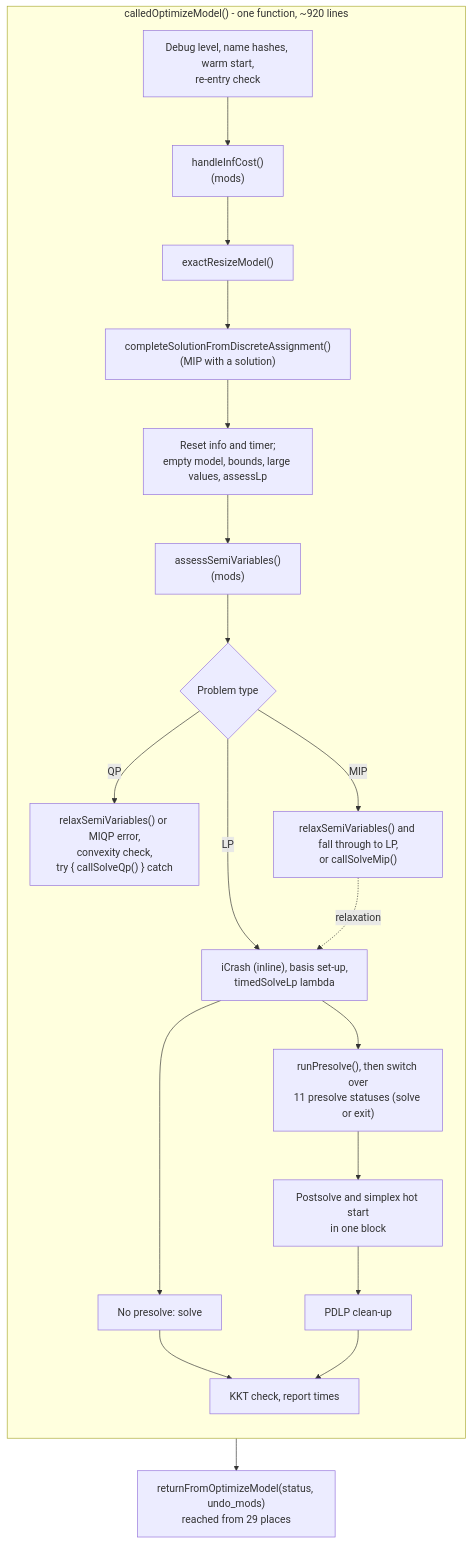
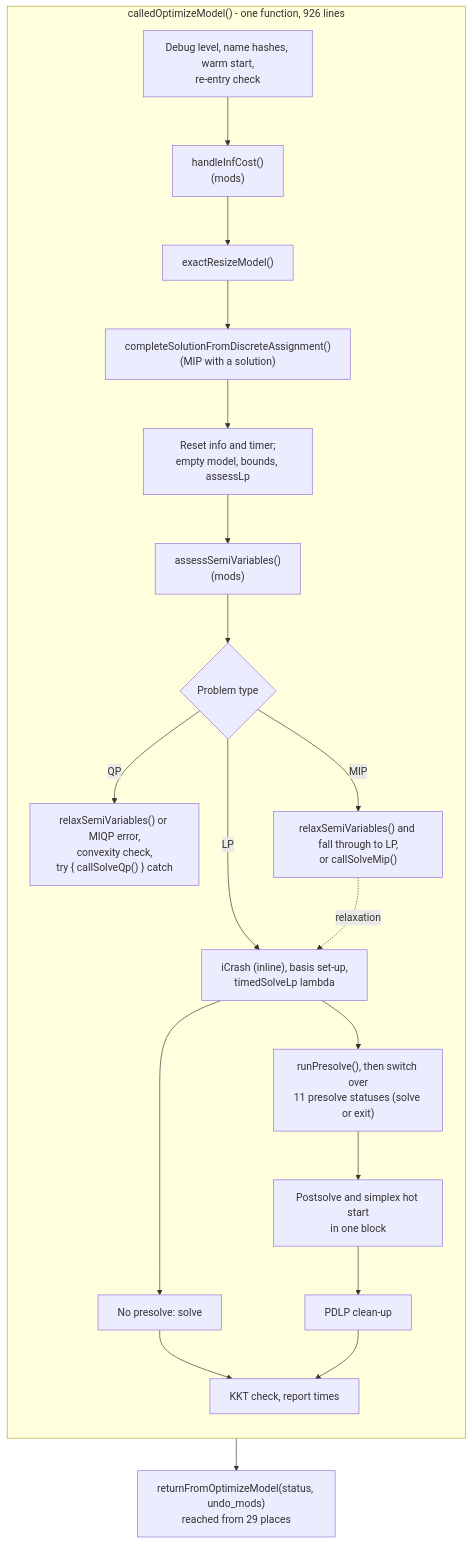
Before and after one commit to ERGO-Code/HiGHS: the first of 3 diagrams in highs/OptimizeModelRefactor.md, drawn with Mermaid. The commit also changed other lines of this file, not shown here.

````diff
--- a/highs/OptimizeModelRefactor.md
+++ b/highs/OptimizeModelRefactor.md
@@ -44,23 +44,23 @@
 ```mermaid
 flowchart TD
-    subgraph called["calledOptimizeModel() - one function, ~920 lines"]
+    subgraph called["calledOptimizeModel() - one function, 926 lines"]
         direction TB
         a1["Debug level, name hashes, warm start,<br/>re-entry check"] --> a2["handleInfCost()<br/>(mods)"]
         a2 --> a3["exactResizeModel()"]
         a3 --> a4["completeSolutionFromDiscreteAssignment()<br/>(MIP with a solution)"]
-        a4 --> a5["Reset info and timer;<br/>empty model, bounds, large values, assessLp"]
+        a4 --> a5["Reset info and timer;<br/>empty model, bounds, assessLp"]
         a5 --> a6["assessSemiVariables()<br/>(mods)"]
         a6 --> a7{"Problem type"}
         a7 -->|QP| a8["relaxSemiVariables() or MIQP error,<br/>convexity check,<br/>try { callSolveQp() } catch"]
         a7 -->|MIP| a9["relaxSemiVariables() and fall through to LP,<br/>or callSolveMip()"]
         a7 -->|LP| a10["iCrash (inline), basis set-up,<br/>timedSolveLp lambda"]
         a9 -.->|relaxation| a10
         a10 --> a11["No presolve: solve"]
         a10 --> a12["runPresolve(), then switch over<br/>11 presolve statuses (solve or exit)"]
         a12 --> a13["Postsolve and simplex hot start<br/>in one block"]
         a13 --> a14["PDLP clean-up"]
         a11 --> a15["KKT check, report times"]
         a14 --> a15
     end
     called --> r["returnFromOptimizeModel(status, undo_mods)<br/>reached from 29 places"]
 ```
````
